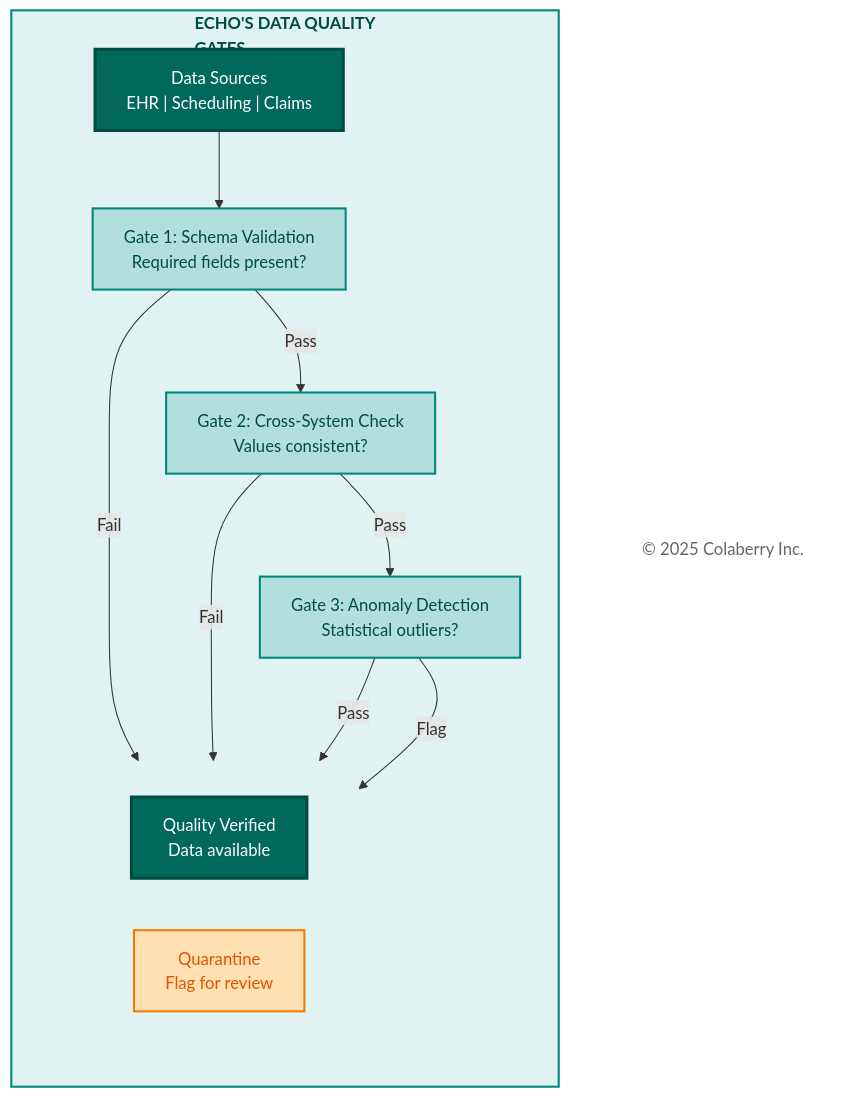
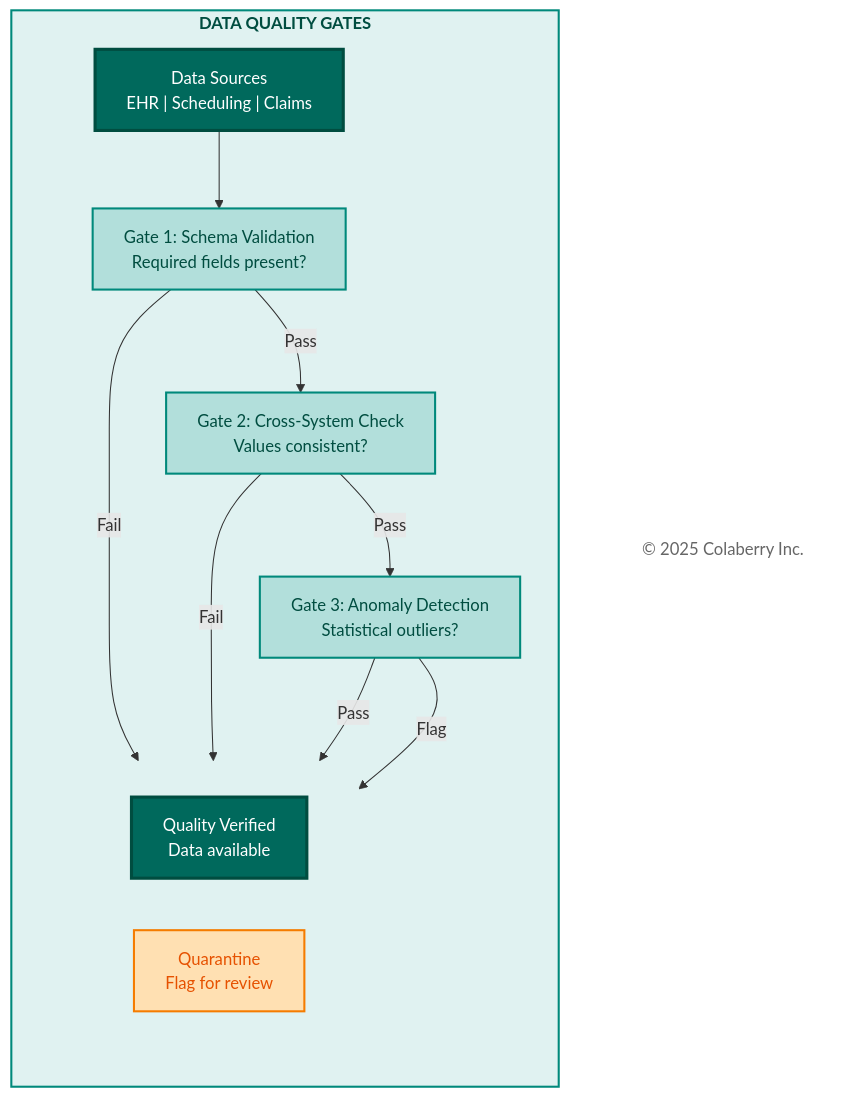
Before and after one commit to saitejesh-cyber/trust-before-intelligence-book: the sixth of 11 diagrams in manuscript/09_chapter_8_architecture_of_trust_in_action.md, drawn with Mermaid. The commit also changed other lines of this file, not shown here.

First line of the commit message:
Cleaning up chapter diagrams

````diff
--- a/manuscript/09_chapter_8_architecture_of_trust_in_action.md
+++ b/manuscript/09_chapter_8_architecture_of_trust_in_action.md
@@ -400,39 +401,39 @@
 ```mermaid
 
 graph TB
-  subgraph QUALITY["<b>ECHO'S DATA QUALITY<br/>GATES</b>"]
+  subgraph QUALITY["<b>DATA QUALITY GATES</b>"]
     direction TB
     SOURCE["Data Sources<br/>EHR | Scheduling | Claims"]
     
     GATE1["Gate 1: Schema Validation<br/>Required fields present?"]
     GATE2["Gate 2: Cross-System Check<br/>Values consistent?"]
     GATE3["Gate 3: Anomaly Detection<br/>Statistical outliers?"]
     
     subgraph OUTCOMES[" "]
       direction LR
       PASS["Quality Verified<br/>Data available"]
       QUARANTINE["Quarantine<br/>Flag for review"]
     end
   end
   
   Copyright["© 2025 Colaberry Inc."]
   
   SOURCE --> GATE1
   GATE1 -->|"Pass"| GATE2
   GATE1 -->|"Fail"| QUARANTINE
   GATE2 -->|"Pass"| GATE3
   GATE2 -->|"Fail"| QUARANTINE
   GATE3 -->|"Pass"| PASS
   GATE3 -->|"Flag"| QUARANTINE
   
   style QUALITY fill:#e0f2f1,stroke:#00897b,stroke-width:2px,color:#004d40
   style SOURCE fill:#00695c,color:#ffffff,stroke:#004d40,stroke-width:3px
   style GATE1 fill:#b2dfdb,stroke:#00897b,stroke-width:2px,color:#004d40
   style GATE2 fill:#b2dfdb,stroke:#00897b,stroke-width:2px,color:#004d40
   style GATE3 fill:#b2dfdb,stroke:#00897b,stroke-width:2px,color:#004d40
   style OUTCOMES fill:none,stroke:none
   style PASS fill:#00695c,color:#ffffff,stroke:#004d40,stroke-width:3px
   style QUARANTINE fill:#ffe0b2,stroke:#f57c00,stroke-width:2px,color:#e65100
   style Copyright fill:#ffffff,stroke:none,color:#666666
 
 ```
````
